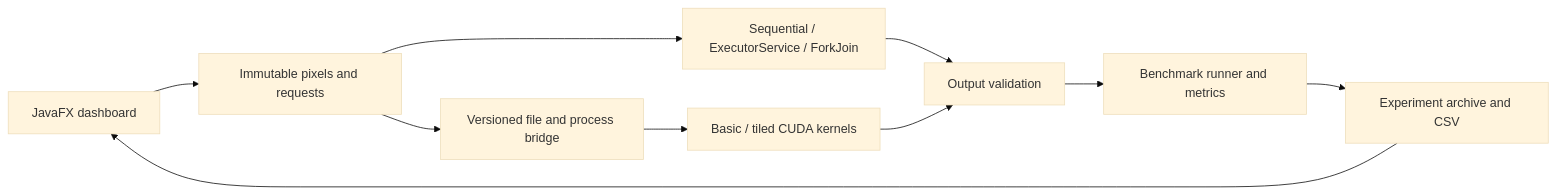
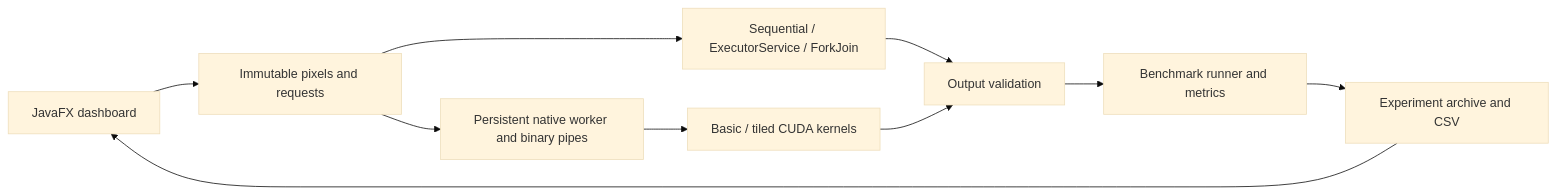
Before and after one commit to dawoodnazir3009/parallel-visionlab: the diagram in docs/project-report.md, drawn with Mermaid (base theme). The commit also changed other lines of this file and 2 other files, not shown here.

Commit message:
Document persistent CUDA protocol caching cleanup and timing semantics

````diff
--- a/docs/project-report.md
+++ b/docs/project-report.md
@@ -19,12 +19,12 @@
 ```mermaid
 flowchart LR
     UI[JavaFX dashboard] --> Model[Immutable pixels and requests]
     Model --> CPU[Sequential / ExecutorService / ForkJoin]
-    Model --> Bridge[Versioned file and process bridge]
+    Model --> Bridge[Persistent native worker and binary pipes]
     Bridge --> GPU[Basic / tiled CUDA kernels]
     CPU --> Check[Output validation]
     GPU --> Check
     Check --> Bench[Benchmark runner and metrics]
     Bench --> Records[Experiment archive and CSV]
     Records --> UI
 ```
````
